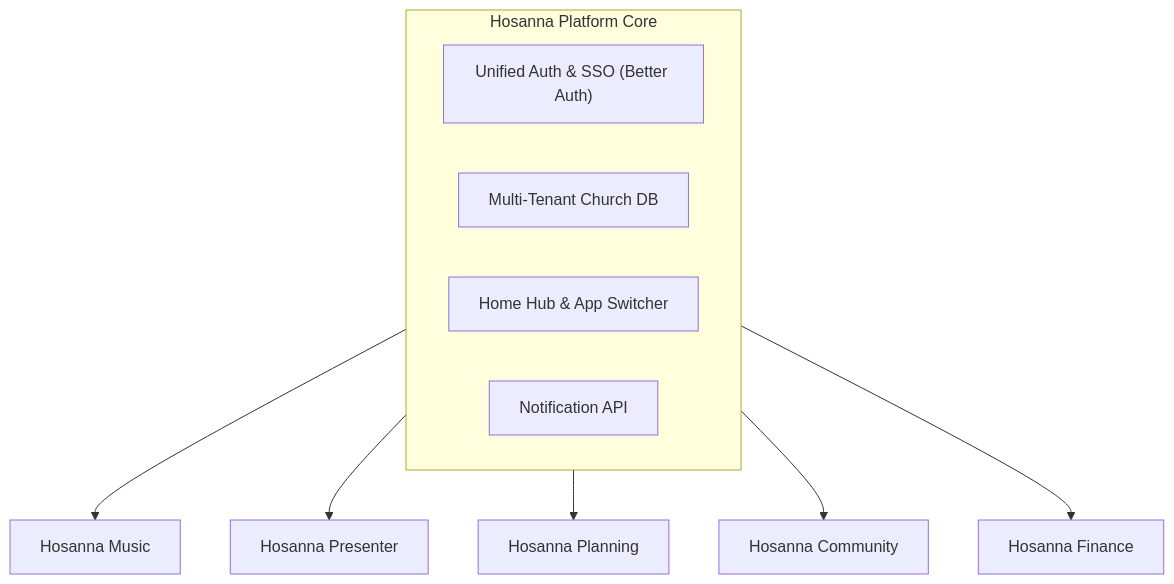
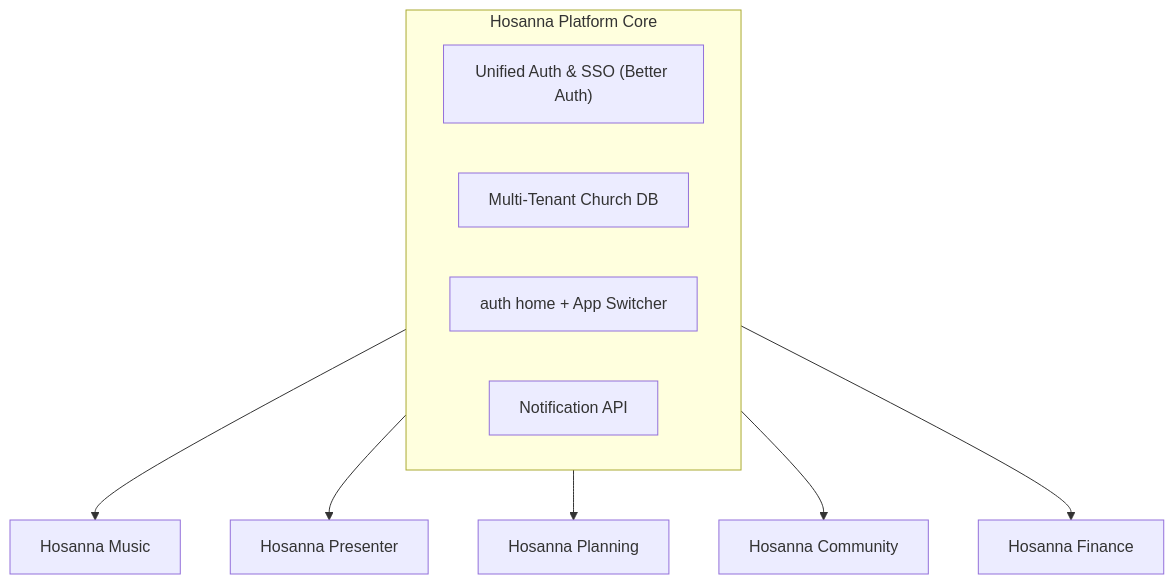
Before and after one commit to Apoll011/hosanna-suite: the first of 4 diagrams in docs/FUTURE_DIRECTION.md, drawn with Mermaid. The commit also changed other lines of this file, not shown here.

Commit message:
feat: update Future Direction document with clarifications on auth home and app switcher

````diff
--- a/docs/FUTURE_DIRECTION.md
+++ b/docs/FUTURE_DIRECTION.md
@@ -9,15 +9,15 @@
 ```mermaid
 flowchart TD
     subgraph PlatformCore ["Hosanna Platform Core"]
         Auth["Unified Auth & SSO (Better Auth)"]
         Org["Multi-Tenant Church DB"]
-        Hub["Home Hub & App Switcher"]
+        Hub["auth home + App Switcher"]
         Notif["Notification API"]
     end
 
     PlatformCore --> Music["Hosanna Music"]
     PlatformCore --> Presenter["Hosanna Presenter"]
     PlatformCore --> Planning["Hosanna Planning"]
     PlatformCore --> Community["Hosanna Community"]
     PlatformCore --> Finance["Hosanna Finance"]
 ```
````
